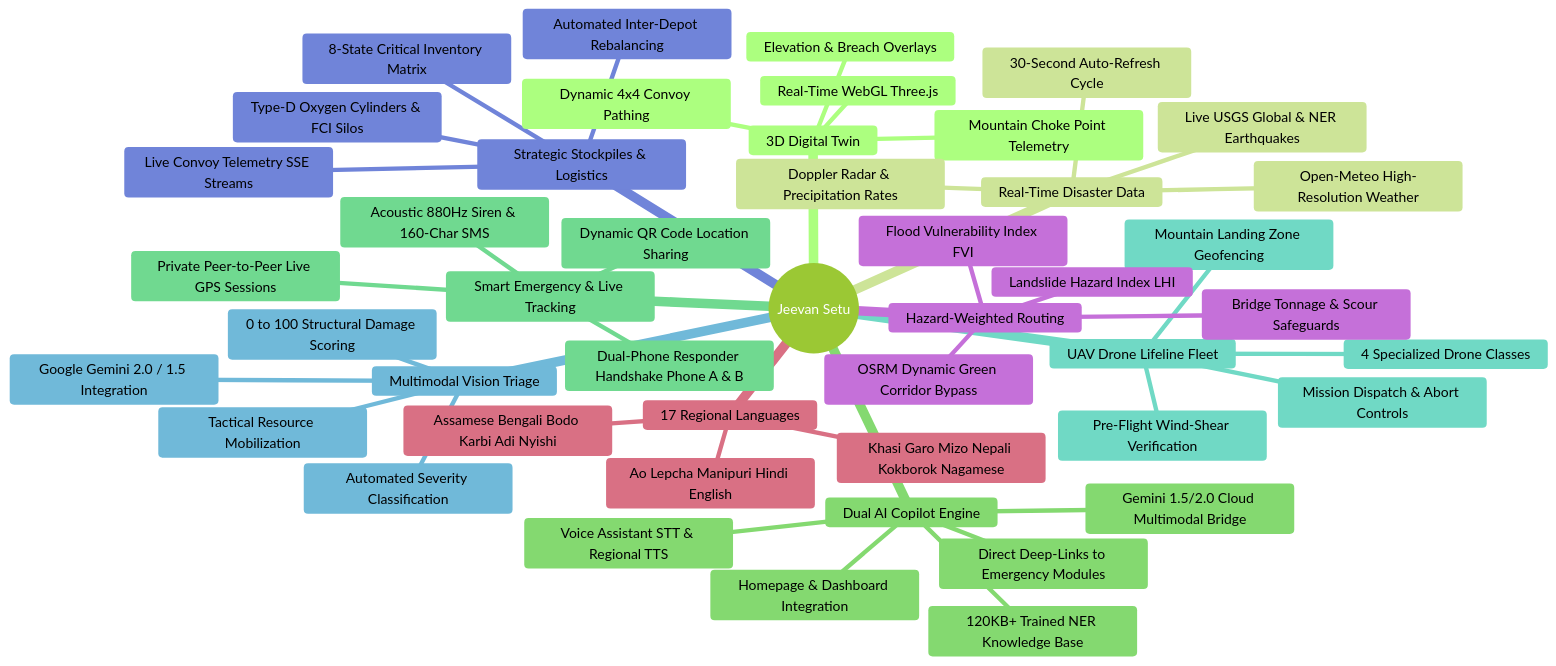
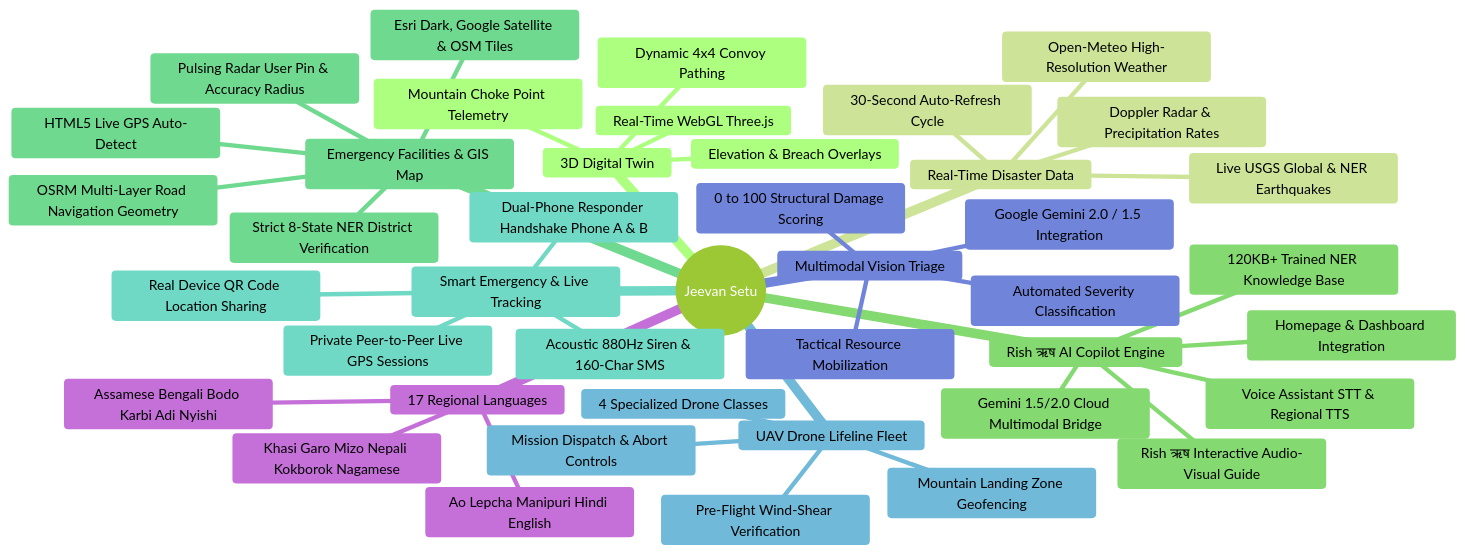
The first of 2 diagrams in README.md (pragyakatiyar73-cyber/Jeevan-setu), drawn with Mermaid (forest theme) before and after one commit. The commit also changed other lines of this file, not shown here.

Commit message:
Update README.md with Rish AI branding, OSRM road GIS navigation, HTML5 live GPS and QR tracking documentation

````diff
--- a/README.md
+++ b/README.md
@@ -60,49 +57,45 @@
 ```mermaid
 mindmap
   root((Jeevan Setu))
     3D Digital Twin
       Real-Time WebGL Three.js
       Mountain Choke Point Telemetry
       Elevation & Breach Overlays
       Dynamic 4x4 Convoy Pathing
     Real-Time Disaster Data
       Live USGS Global & NER Earthquakes
       Open-Meteo High-Resolution Weather
       Doppler Radar & Precipitation Rates
       30-Second Auto-Refresh Cycle
-    Dual AI Copilot Engine
+    Rish ऋष AI Copilot Engine
       Homepage & Dashboard Integration
       120KB+ Trained NER Knowledge Base
       Voice Assistant STT & Regional TTS
-      Direct Deep-Links to Emergency Modules
+      Rish ऋष Interactive Audio-Visual Guide
       Gemini 1.5/2.0 Cloud Multimodal Bridge
+    Emergency Facilities & GIS Map
+      HTML5 Live GPS Auto-Detect
+      Pulsing Radar User Pin & Accuracy Radius
+      OSRM Multi-Layer Road Navigation Geometry
+      Strict 8-State NER District Verification
+      Esri Dark, Google Satellite & OSM Tiles
     Smart Emergency & Live Tracking
       Private Peer-to-Peer Live GPS Sessions
       Dual-Phone Responder Handshake Phone A & B
-      Dynamic QR Code Location Sharing
+      Real Device QR Code Location Sharing
       Acoustic 880Hz Siren & 160-Char SMS
     UAV Drone Lifeline Fleet
       4 Specialized Drone Classes
       Mountain Landing Zone Geofencing
       Pre-Flight Wind-Shear Verification
       Mission Dispatch & Abort Controls
     Multimodal Vision Triage
       Google Gemini 2.0 / 1.5 Integration
       0 to 100 Structural Damage Scoring
       Automated Severity Classification
       Tactical Resource Mobilization
-    Strategic Stockpiles & Logistics
-      8-State Critical Inventory Matrix
-      Type-D Oxygen Cylinders & FCI Silos
-      Automated Inter-Depot Rebalancing
-      Live Convoy Telemetry SSE Streams
-    Hazard-Weighted Routing
-      Landslide Hazard Index LHI
-      Flood Vulnerability Index FVI
-      Bridge Tonnage & Scour Safeguards
-      OSRM Dynamic Green Corridor Bypass
     17 Regional Languages
       Assamese Bengali Bodo Karbi Adi Nyishi
       Khasi Garo Mizo Nepali Kokborok Nagamese
       Ao Lepcha Manipuri Hindi English
 ```
````
